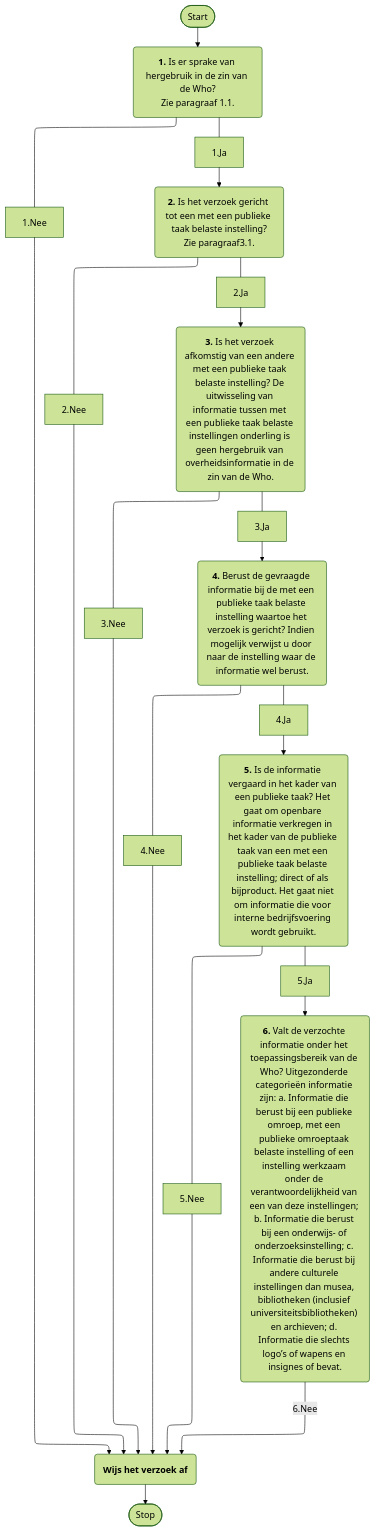
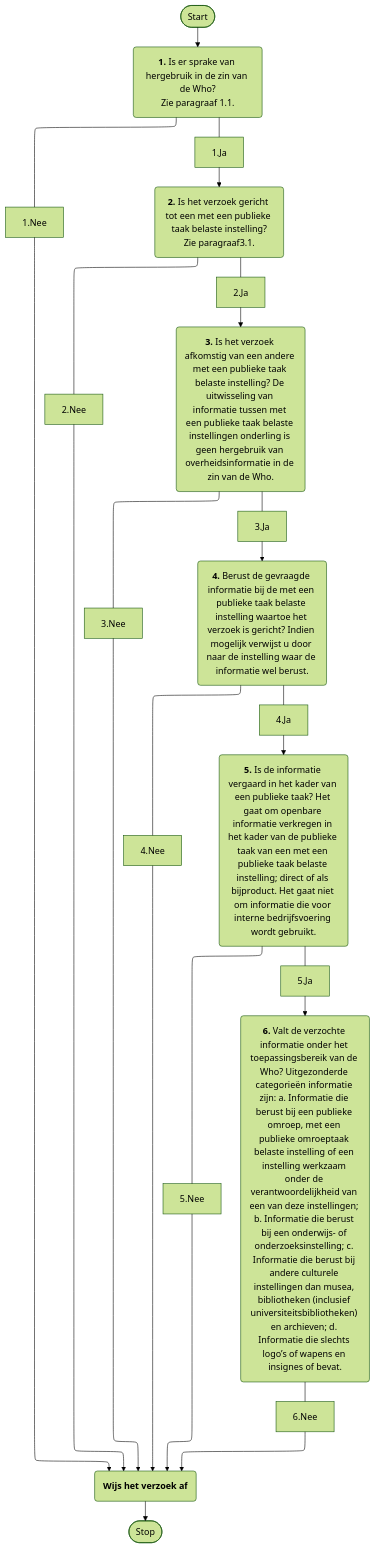
Before and after one commit to VNG-Realisatie/VNG-R-Respec-Template: the second of 11 diagrams in mermaid.md, drawn with Mermaid (forest theme). The commit also changed other lines of this file, not shown here.

````diff
--- a/mermaid.md
+++ b/mermaid.md
@@ -63,35 +63,35 @@
 ```mermaid
 %%{init: {"flowchart": {"defaultRenderer": "elk"}} }%%
 graph TD
     A([Start])---->B("`**1.** Is er sprake van hergebruik in de zin van de Who?
     Zie paragraaf 1.1.`")
 
     B("`**1.** Is er sprake van hergebruik in de zin van de Who?
     Zie paragraaf 1.1.`")--- 1.Nee --->L("`**Wijs het verzoek af**`")
 
     B("`**1.** Is er sprake van hergebruik in de zin van de Who?
     Zie paragraaf 1.1.`")--- 1.Ja --->C("`**2.** Is het verzoek gericht tot een met een publieke taak belaste instelling?
     Zie paragraaf3.1.`")
 
     C("`**2.** Is het verzoek gericht tot een met een publieke taak belaste instelling?
     Zie paragraaf3.1.`")--- 2.Nee --->L("`**Wijs het verzoek af**`")
 
     C("`**2.** Is het verzoek gericht tot een met een publieke taak belaste instelling?
     Zie paragraaf3.1.`")
 --- 2.Ja --->D("`**3.** Is het verzoek afkomstig van een andere met een publieke taak belaste instelling? De uitwisseling van informatie tussen met een publieke taak belaste instellingen onderling is geen hergebruik van overheidsinformatie in de zin van de Who.`")
 
     D("`**3.** Is het verzoek afkomstig van een andere met een publieke taak belaste instelling? De uitwisseling van informatie tussen met een publieke taak belaste instellingen onderling is geen hergebruik van overheidsinformatie in de zin van de Who.`")--- 3.Nee --->L("`**Wijs het verzoek af**`")
 
     D("`**3.** Is het verzoek afkomstig van een andere met een publieke taak belaste instelling? De uitwisseling van informatie tussen met een publieke taak belaste instellingen onderling is geen hergebruik van overheidsinformatie in de zin van de Who.`")--- 3.Ja --->E("`**4.** Berust de gevraagde informatie bij de met een publieke taak belaste instelling waartoe het verzoek is gericht? Indien mogelijk verwijst u door naar de instelling waar de informatie wel berust.`")
 
     E("`**4.** Berust de gevraagde informatie bij de met een publieke taak belaste instelling waartoe het verzoek is gericht? Indien mogelijk verwijst u door naar de instelling waar de informatie wel berust.`")--- 4.Nee --->L("`**Wijs het verzoek af**`")
 
     E("`**4.** Berust de gevraagde informatie bij de met een publieke taak belaste instelling waartoe het verzoek is gericht? Indien mogelijk verwijst u door naar de instelling waar de informatie wel berust.`")--- 4.Ja ---> F("`**5.** Is de informatie vergaard in het kader van een publieke taak? Het gaat om openbare informatie verkregen in het kader van de publieke taak van een met een publieke taak belaste instelling; direct of als bijproduct. Het gaat niet om informatie die voor interne bedrijfsvoering wordt gebruikt.`")
 
     F("`**5.** Is de informatie vergaard in het kader van een publieke taak? Het gaat om openbare informatie verkregen in het kader van de publieke taak van een met een publieke taak belaste instelling; direct of als bijproduct. Het gaat niet om informatie die voor interne bedrijfsvoering wordt gebruikt.`")--- 5.Nee --->L("`**Wijs het verzoek af**`")
 
     F("`**5.** Is de informatie vergaard in het kader van een publieke taak? Het gaat om openbare informatie verkregen in het kader van de publieke taak van een met een publieke taak belaste instelling; direct of als bijproduct. Het gaat niet om informatie die voor interne bedrijfsvoering wordt gebruikt.`")--- 5.Ja --->G("`**6.** Valt de verzochte informatie onder het toepassingsbereik van de Who? Uitgezonderde categorieën informatie zijn: a. Informatie die berust bij een publieke omroep, met een publieke omroeptaak belaste instelling of een instelling werkzaam onder de verantwoordelijkheid van een van deze instellingen; b. Informatie die berust bij een onderwijs- of onderzoeksinstelling; c. Informatie die berust bij andere culturele instellingen dan musea, bibliotheken (inclusief universiteitsbibliotheken) en archieven; d. Informatie die slechts logo’s of wapens en insignes of bevat.`")
 
-    G("`**6.** Valt de verzochte informatie onder het toepassingsbereik van de Who? Uitgezonderde categorieën informatie zijn: a. Informatie die berust bij een publieke omroep, met een publieke omroeptaak belaste instelling of een instelling werkzaam onder de verantwoordelijkheid van een van deze instellingen; b. Informatie die berust bij een onderwijs- of onderzoeksinstelling; c. Informatie die berust bij andere culturele instellingen dan musea, bibliotheken (inclusief universiteitsbibliotheken) en archieven; d. Informatie die slechts logo’s of wapens en insignes of bevat.`")-- 6.Nee --->L("`**Wijs het verzoek af**`")
----->X([Stop])
+    G("`**6.** Valt de verzochte informatie onder het toepassingsbereik van de Who? Uitgezonderde categorieën informatie zijn: a. Informatie die berust bij een publieke omroep, met een publieke omroeptaak belaste instelling of een instelling werkzaam onder de verantwoordelijkheid van een van deze instellingen; b. Informatie die berust bij een onderwijs- of onderzoeksinstelling; c. Informatie die berust bij andere culturele instellingen dan musea, bibliotheken (inclusief universiteitsbibliotheken) en archieven; d. Informatie die slechts logo’s of wapens en insignes of bevat.`")--- 6.Nee --->L("`**Wijs het verzoek af**`")
+    L("`**Wijs het verzoek af**`")---->X([Stop])
 ```
````
